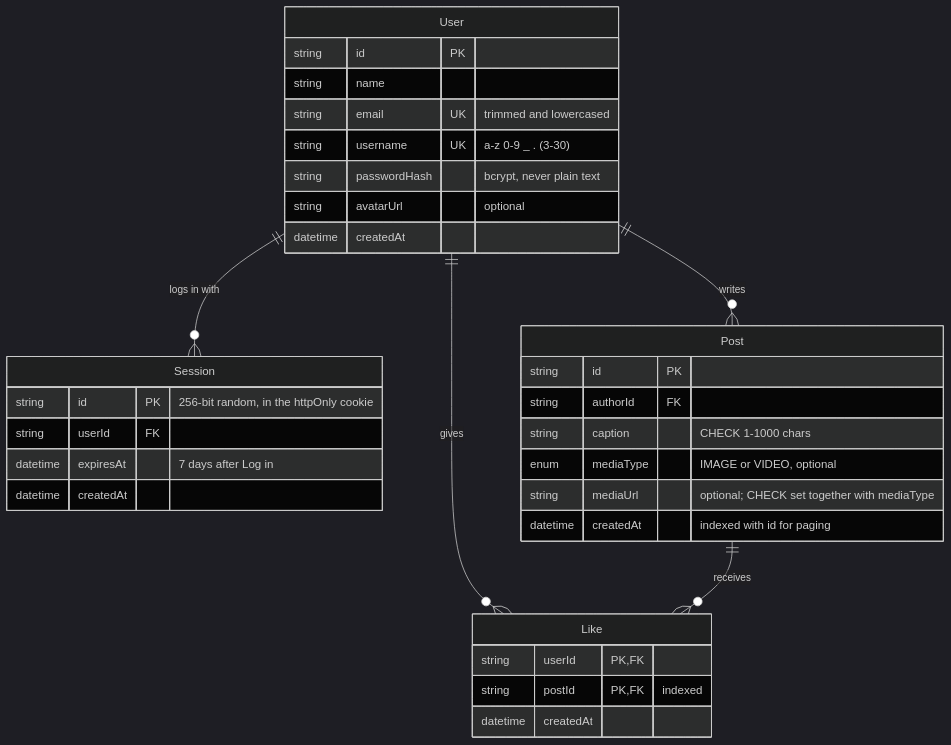
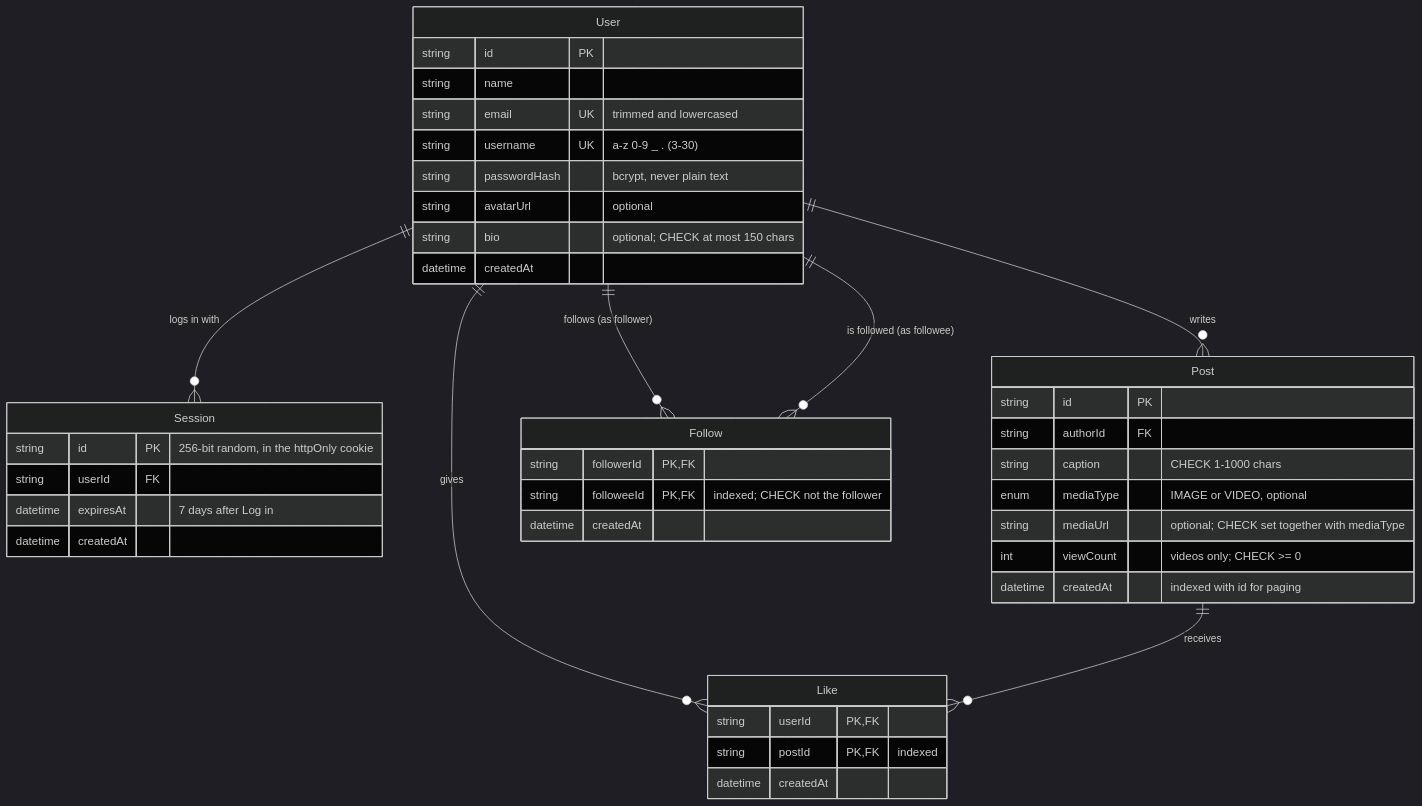
Before and after one commit to durva7px/sociao: the diagram in README.md, drawn with Mermaid (dark theme). The commit also changed other lines of this file and 15 other files, not shown here.

First line of the commit message:
feat(profile): Follow model, Profile and Follow API, seed Follows

````diff
--- a/README.md
+++ b/README.md
@@ -80,36 +80,45 @@
 ```mermaid
 erDiagram
     User ||--o{ Session : "logs in with"
     User ||--o{ Post : "writes"
     User ||--o{ Like : "gives"
     Post ||--o{ Like : "receives"
+    User ||--o{ Follow : "follows (as follower)"
+    User ||--o{ Follow : "is followed (as followee)"
 
     User {
         string id PK
         string name
         string email UK "trimmed and lowercased"
         string username UK "a-z 0-9 _ . (3-30)"
         string passwordHash "bcrypt, never plain text"
         string avatarUrl "optional"
+        string bio "optional; CHECK at most 150 chars"
         datetime createdAt
     }
     Session {
         string id PK "256-bit random, in the httpOnly cookie"
         string userId FK
         datetime expiresAt "7 days after Log in"
         datetime createdAt
     }
     Post {
         string id PK
         string authorId FK
         string caption "CHECK 1-1000 chars"
         enum mediaType "IMAGE or VIDEO, optional"
         string mediaUrl "optional; CHECK set together with mediaType"
+        int viewCount "videos only; CHECK >= 0"
         datetime createdAt "indexed with id for paging"
     }
     Like {
         string userId PK, FK
         string postId PK, FK "indexed"
         datetime createdAt
     }
+    Follow {
+        string followerId PK, FK
+        string followeeId PK, FK "indexed; CHECK not the follower"
+        datetime createdAt
+    }
 ```
````
